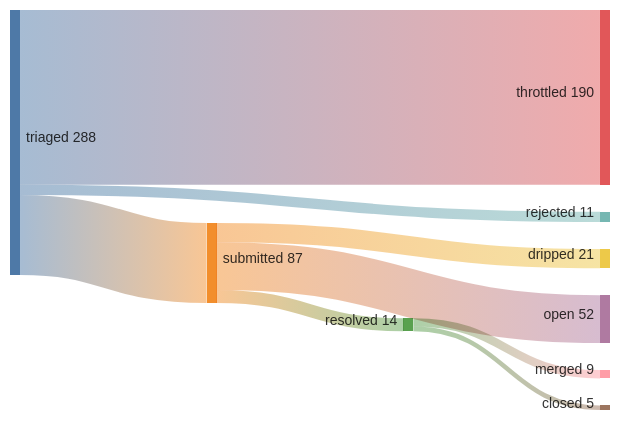
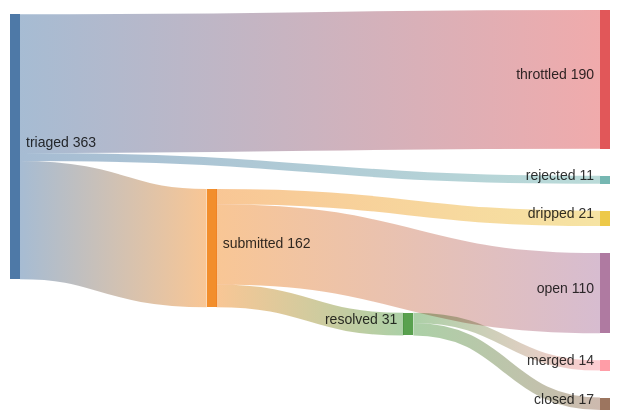
One commit to kimjune01/kimjune01 changed the diagram in README.md. Above: the diagram before and after it, drawn with Mermaid. The commit also changed other lines of this file, not shown here.

Commit message:
stats: 14/31 = 45% (01:50 UTC)

````diff
--- a/README.md
+++ b/README.md
@@ -3,11 +3,11 @@
 ```mermaid
 sankey-beta
-    triaged,    submitted, 87
+    triaged,    submitted, 162
     triaged,    throttled, 190
     triaged,    rejected,  11
-    submitted,  resolved,  14
+    submitted,  resolved,  31
     submitted,  dripped,   21
-    submitted,  open,      52
-    resolved,   merged,    9
-    resolved,   closed,    5
+    submitted,  open,      110
+    resolved,   merged,    14
+    resolved,   closed,    17
 ```
````
